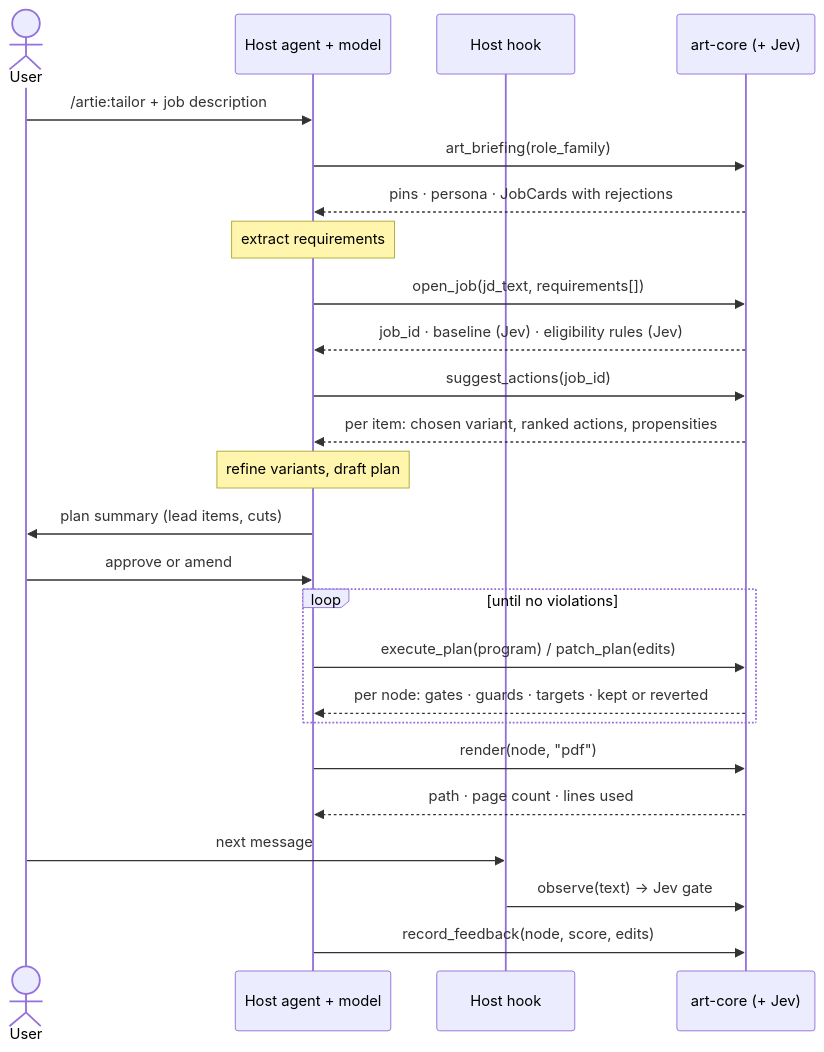
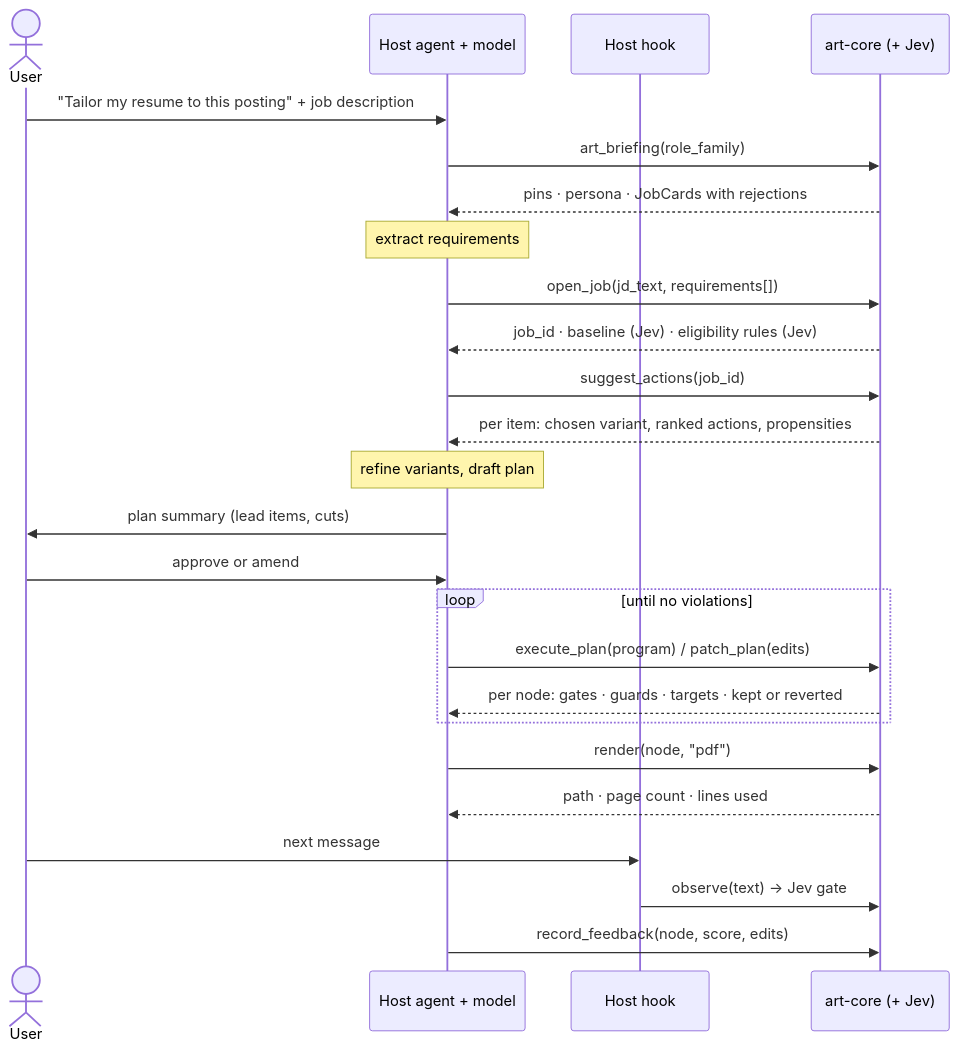
The third of 6 diagrams in docs/harness.md (nathansso/agentic_resume_tailoring), drawn with Mermaid before and after one commit. The commit also changed other lines of this file and 21 other files, not shown here.

First line of the commit message:
feat(plugin): trim slash commands to setup/history/open and rewrite artie-tailor for the user/agent split

````diff
--- a/docs/harness.md
+++ b/docs/harness.md
@@ -388,27 +388,27 @@
 ```mermaid
 sequenceDiagram
     actor U as User
     participant H as Host agent + model
     participant K as Host hook
     participant A as art-core (+ Jev)
-    U->>H: /artie:tailor + job description
+    U->>H: "Tailor my resume to this posting" + job description
     H->>A: art_briefing(role_family)
     A-->>H: pins · persona · JobCards with rejections
     Note over H: extract requirements
     H->>A: open_job(jd_text, requirements[])
     A-->>H: job_id · baseline (Jev) · eligibility rules (Jev)
     H->>A: suggest_actions(job_id)
     A-->>H: per item: chosen variant, ranked actions, propensities
     Note over H: refine variants, draft plan
     H->>U: plan summary (lead items, cuts)
     U->>H: approve or amend
     loop until no violations
         H->>A: execute_plan(program) / patch_plan(edits)
         A-->>H: per node: gates · guards · targets · kept or reverted
     end
     H->>A: render(node, "pdf")
     A-->>H: path · page count · lines used
     U->>K: next message
     K->>A: observe(text) → Jev gate
     H->>A: record_feedback(node, score, edits)
 ```
````
